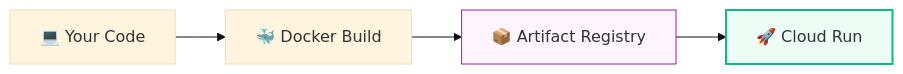
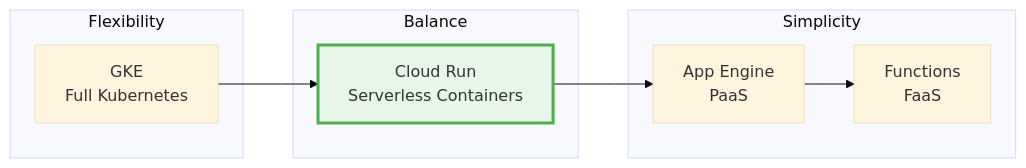
One commit to jyothivempa/gcp-study-plan changed the first of 3 diagrams in curriculum/content/section_13_cloud_run.md. Above: the diagram before and after it, drawn with Mermaid (base theme). The commit also changed other lines of this file and 84 other files, not shown here.

````diff
--- a/curriculum/content/section_13_cloud_run.md
+++ b/curriculum/content/section_13_cloud_run.md
@@ -26,9 +29,19 @@
 ```mermaid
 graph LR
-    Code[💻 Your Code] --> Docker[🐳 Docker Build]
-    Docker --> Registry[📦 Artifact Registry]
-    Registry --> Run[🚀 Cloud Run]
+    subgraph Flexibility
+        GKE[GKE<br/>Full Kubernetes]
+    end
     
-    style Registry fill:#fdf4ff,stroke:#a21caf
-    style Run fill:#ecfdf5,stroke:#10b981,stroke-width:2px
+    subgraph Balance
+        CR[Cloud Run<br/>Serverless Containers]
+    end
+    
+    subgraph Simplicity
+        GAE[App Engine<br/>PaaS]
+        CF[Functions<br/>FaaS]
+    end
+    
+    GKE --> CR --> GAE --> CF
+    
+    style CR fill:#e8f5e9,stroke:#4caf50,stroke-width:3px
 ```
````
